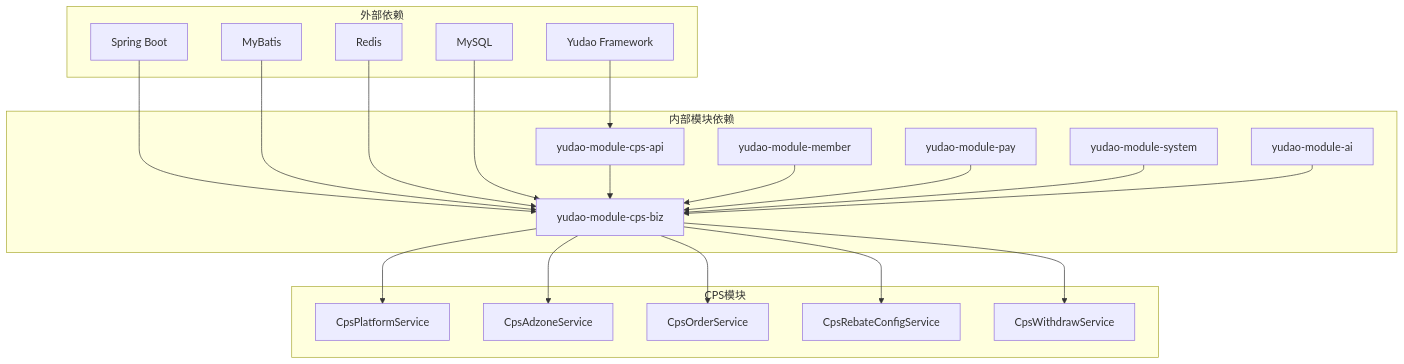
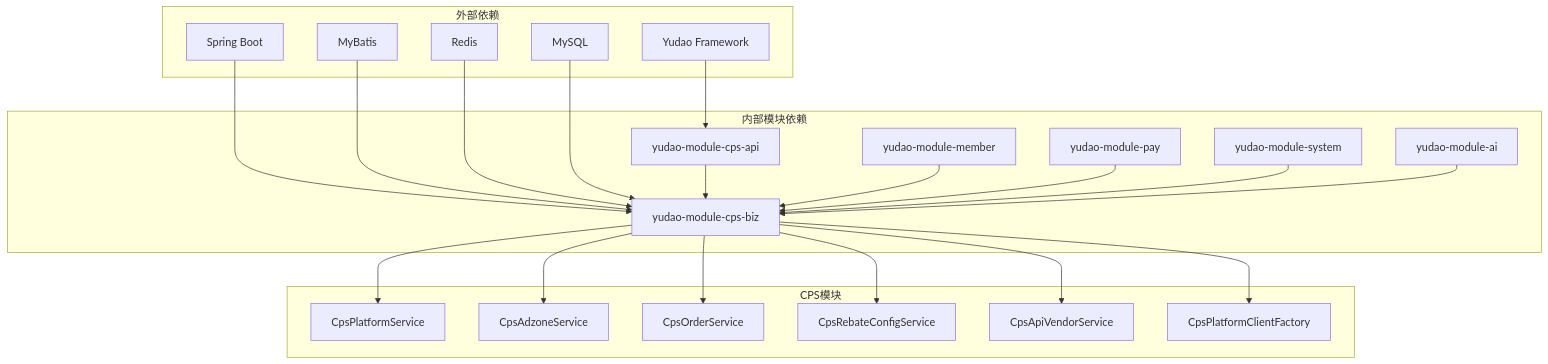
Before and after one commit to zhuangpengLI/AgenticCPS: diagram 14 of 15 in .qoder/repowiki/zh/content/后端服务架构/业务模块概览/CPS业务模块/CPS平台配置管理模块.md, drawn with Mermaid. The commit also changed other lines of this file and 9 other files, not shown here.

````diff
--- a/.qoder/repowiki/zh/content/后端服务架构/业务模块概览/CPS业务模块/CPS平台配置管理模块.md
+++ b/.qoder/repowiki/zh/content/后端服务架构/业务模块概览/CPS业务模块/CPS平台配置管理模块.md
@@ -375,40 +602,42 @@
 ```mermaid
 graph TB
 subgraph "外部依赖"
 A[Yudao Framework]
 B[Spring Boot]
 C[MyBatis]
 D[Redis]
 E[MySQL]
 end
 subgraph "内部模块依赖"
 F[yudao-module-cps-api]
 G[yudao-module-cps-biz]
 H[yudao-module-member]
 I[yudao-module-pay]
 J[yudao-module-system]
 K[yudao-module-ai]
 end
 subgraph "CPS模块"
 L[CpsPlatformService]
 M[CpsAdzoneService]
 N[CpsOrderService]
 O[CpsRebateConfigService]
-P[CpsWithdrawService]
+P[CpsApiVendorService]
+Q[CpsPlatformClientFactory]
 end
 A --> F
 B --> G
 C --> G
 D --> G
 E --> G
 F --> G
 H --> G
 I --> G
 J --> G
 K --> G
 G --> L
 G --> M
 G --> N
 G --> O
 G --> P
+G --> Q
 ```
````
